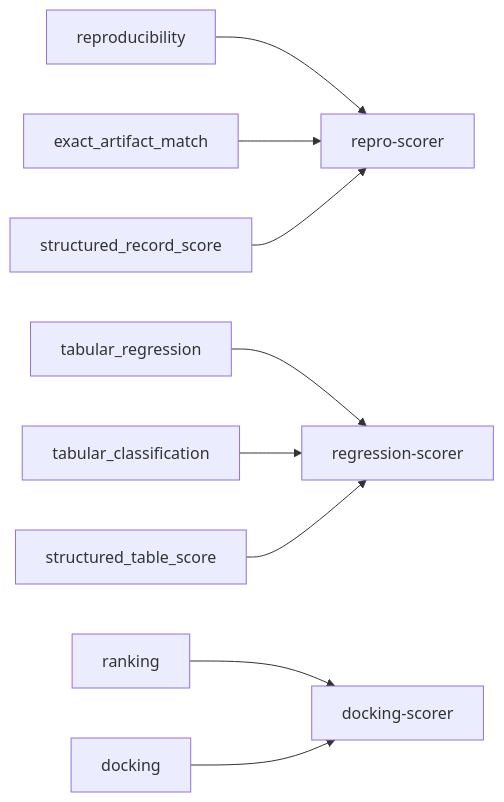
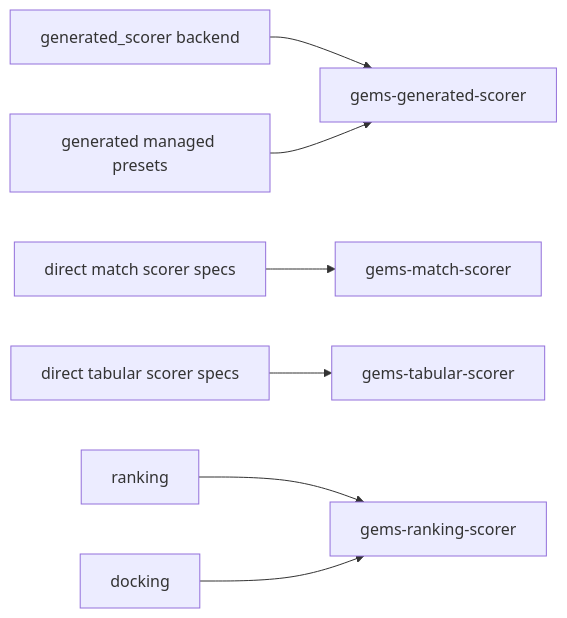
One commit to andymolecule/Agora changed the third of 9 diagrams in docs/system-anatomy.md. Above: the diagram before and after it, drawn with Mermaid. The commit also changed other lines of this file and 152 other files, not shown here.

````diff
--- a/docs/system-anatomy.md
+++ b/docs/system-anatomy.md
@@ -189,13 +193,12 @@
 ```mermaid
 flowchart LR
-    R1["reproducibility"] --> I1["repro-scorer"]
-    R2["exact_artifact_match"] --> I1
-    R3["structured_record_score"] --> I1
+    G1["generated_scorer backend"] --> I0["gems-generated-scorer"]
+    G2["generated managed presets"] --> I0
 
-    T1["tabular_regression"] --> I2["regression-scorer"]
-    T2["tabular_classification"] --> I2
-    T3["structured_table_score"] --> I2
+    M1["direct match scorer specs"] --> I1["gems-match-scorer"]
 
-    K1["ranking"] --> I3["docking-scorer"]
+    T1["direct tabular scorer specs"] --> I2["gems-tabular-scorer"]
+
+    K1["ranking"] --> I3["gems-ranking-scorer"]
     K2["docking"] --> I3
 ```
````
